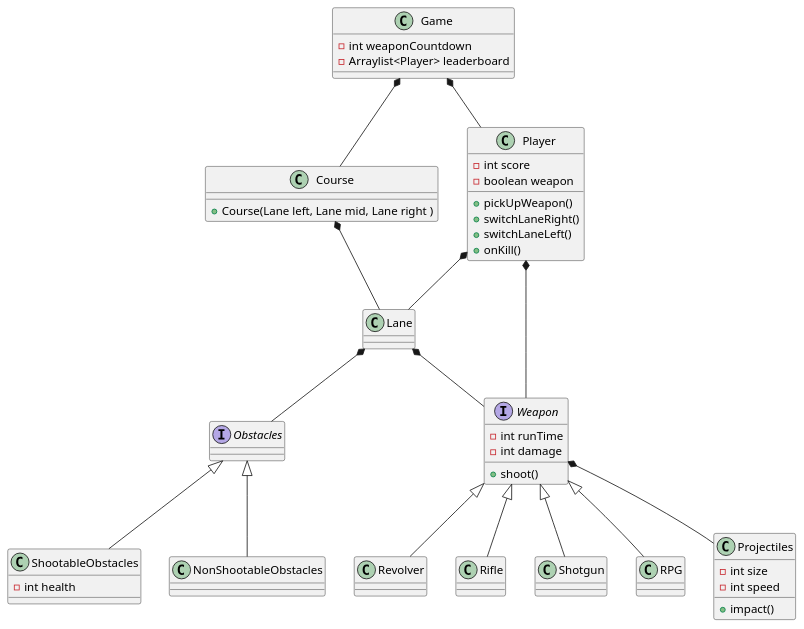
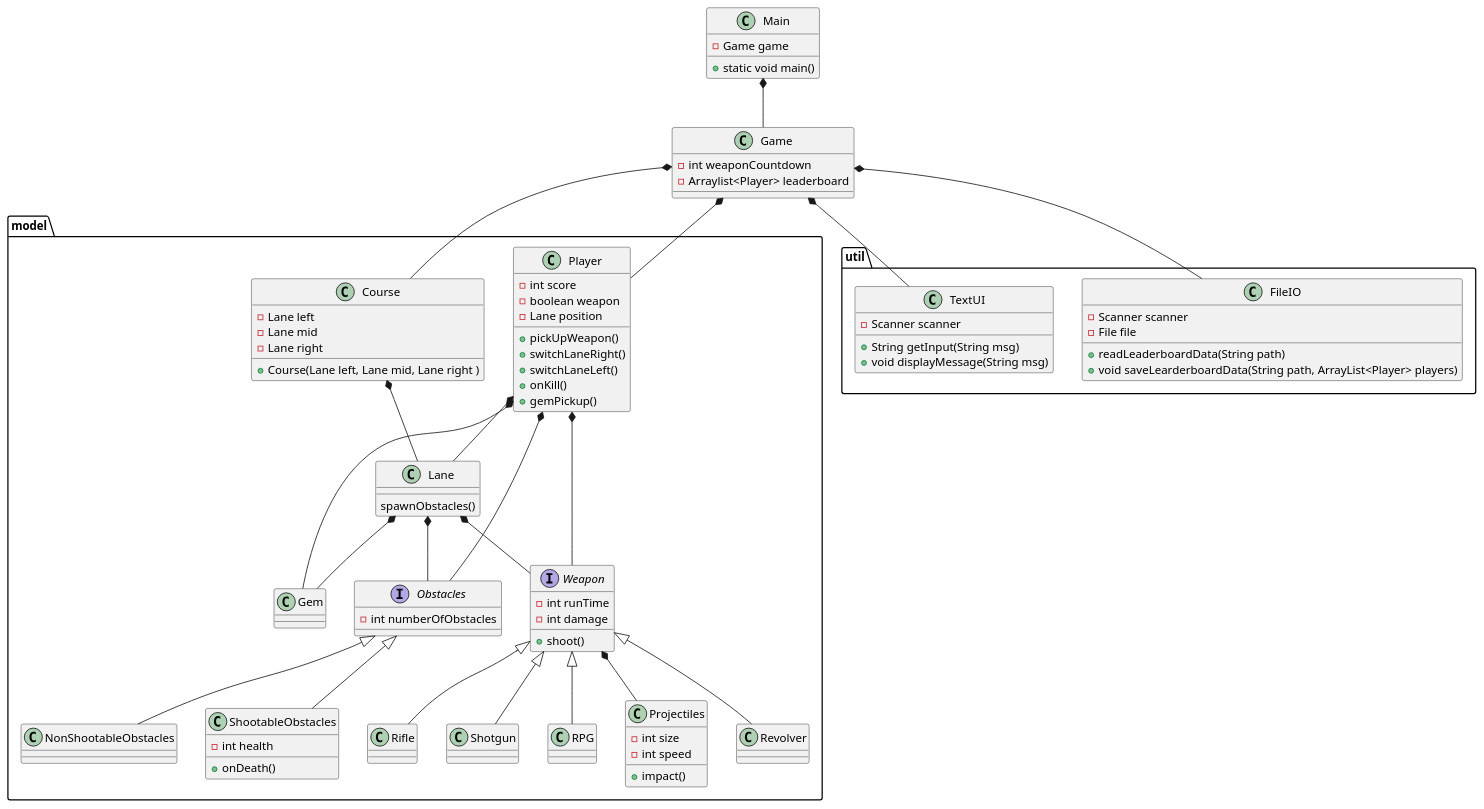
One commit to mbm1337/SP4_ICE changed the diagram in docs/ClassDiagram.puml. Above: the diagram before and after it, drawn with PlantUML.

```diff
--- a/docs/ClassDiagram.puml
+++ b/docs/ClassDiagram.puml
@@ -1,66 +1,108 @@
 @startuml
 'https://plantuml.com/class-diagram
+
+class Main{
+- Game game
++ static void main()
+
+}
 
 class Game{
 - int weaponCountdown
 -Arraylist<Player> leaderboard
 }
+
+package "model"{
 class Player{
--int score
+- int score
 - boolean weapon
+- Lane position
 
 + pickUpWeapon()
 + switchLaneRight()
 + switchLaneLeft()
 + onKill()
++ gemPickup()
 
 }
-class Lane
+class Lane{
+
+
+spawnObstacles()
+}
 class Course{
+- Lane left
+- Lane mid
+- Lane right
+
 + Course(Lane left, Lane mid, Lane right )
 }
 
-interface Obstacles
+interface Obstacles{
+- int numberOfObstacles
+}
+
 class ShootableObstacles{
 - int health
++ onDeath()
 }
 class NonShootableObstacles
 
 interface Weapon{
 - int runTime
 - int damage
 
 + shoot()
 }
 class Revolver
 class Rifle
 class Shotgun
 class RPG
 
 class Projectiles{
 -int size
 -int speed
 
 +impact()
+}
+class Gem{
+}
 
 
 }
-
-
+package "util"{
+class FileIO{
+- Scanner scanner
+- File file
++ readLeaderboardData(String path)
++ void saveLearderboardData(String path, ArrayList<Player> players)
+}
+class TextUI{
++ String getInput(String msg)
+- Scanner scanner
++ void displayMessage(String msg)
+}
+}
+Main*--Game
 Game*--Player
 Game*--Course
+Game*--FileIO
+Game*-- TextUI
 Course *-- Lane
 Obstacles<|-- ShootableObstacles
+Player*-- Obstacles
 Lane *--Obstacles
 Obstacles<|-- NonShootableObstacles
 Player *-- Weapon
 Player*-- Lane
 Lane *-- Weapon
 Weapon *-- Projectiles
 Weapon<|-- Revolver
 Weapon<|-- Rifle
 Weapon<|-- Shotgun
 Weapon<|-- RPG
+Lane *--Gem
+Player*-- Gem
 
 
 @enduml
```
